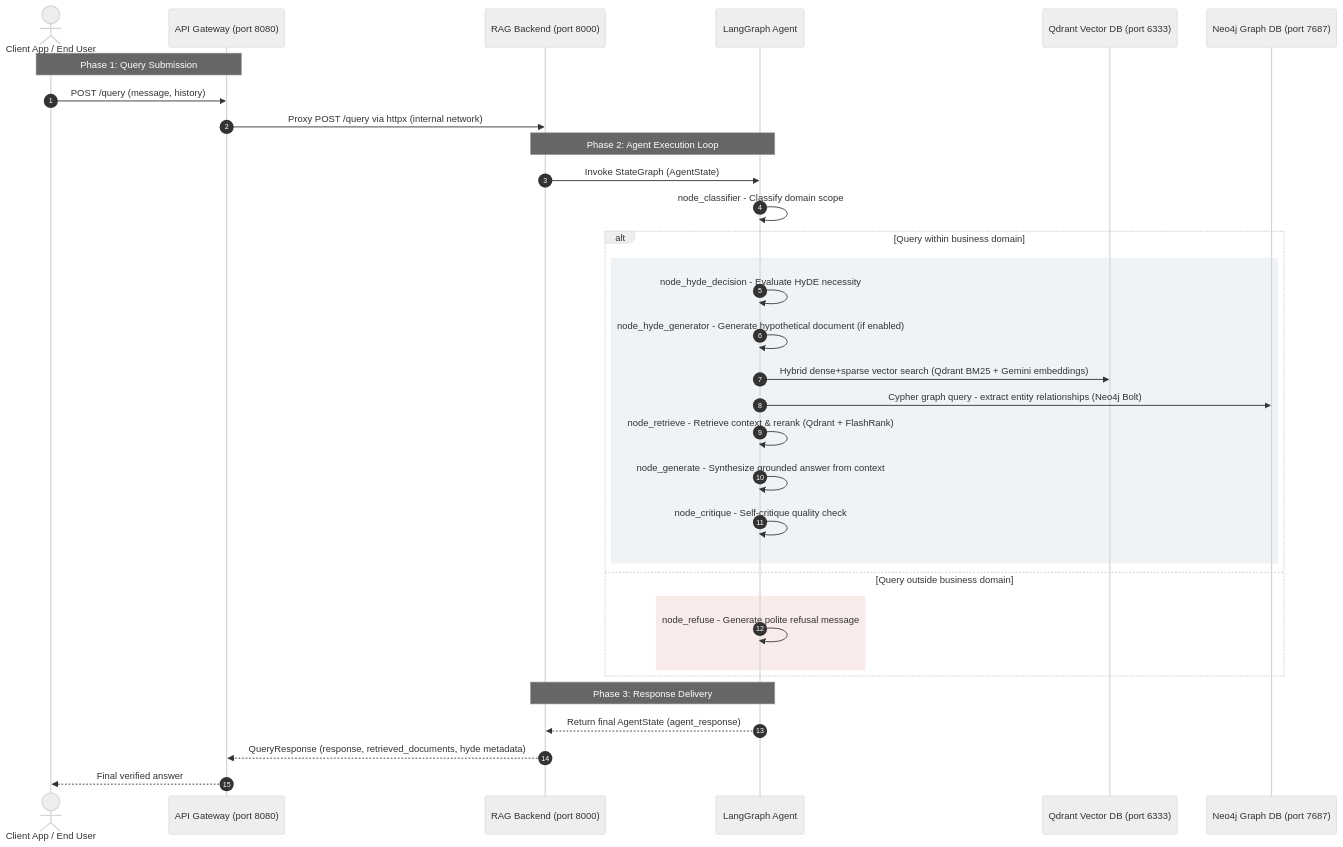
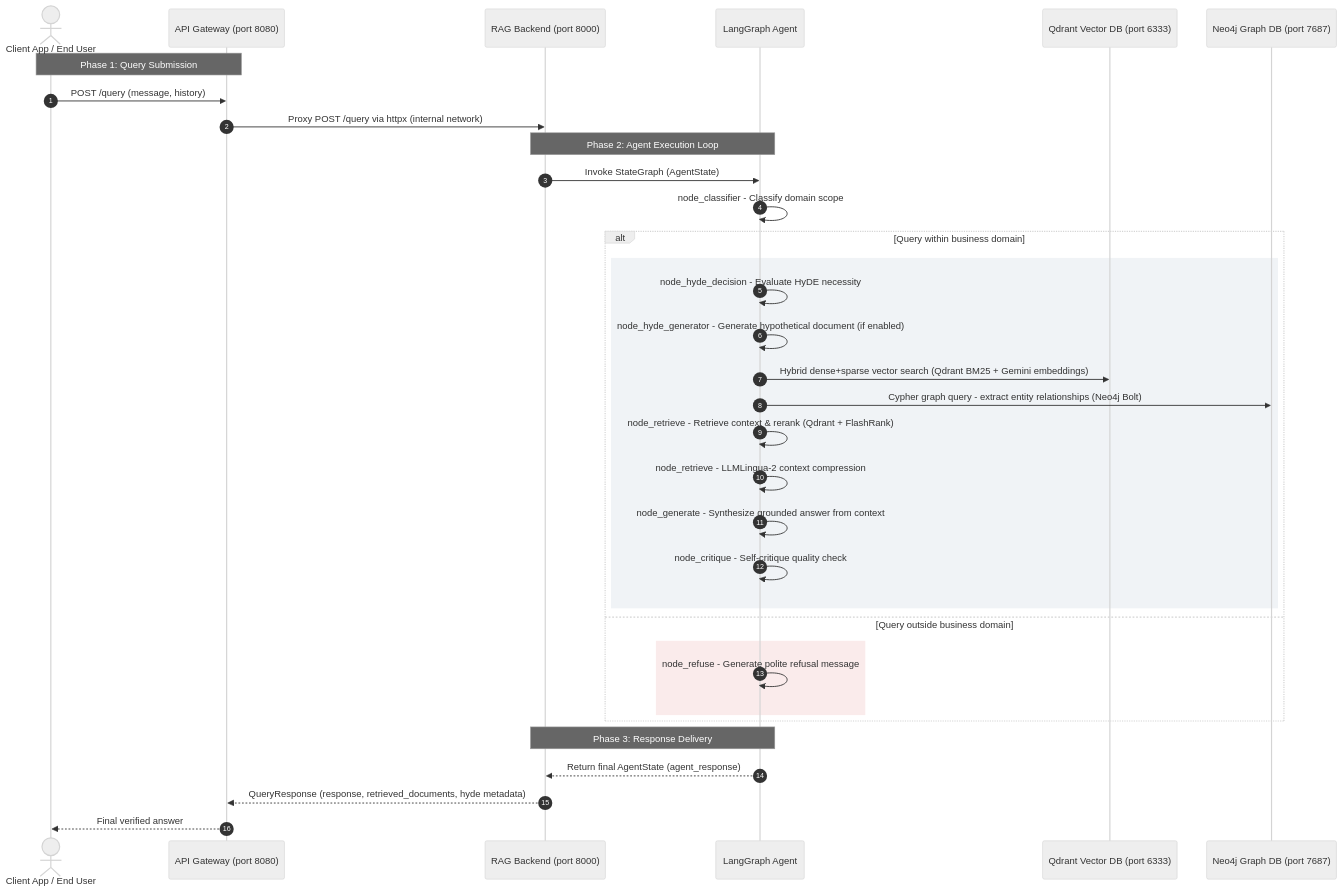
One commit to boycececil666gmailcom/Enterprise-RAG-Engine changed the second of 4 diagrams in README.md. Above: the diagram before and after it, drawn with Mermaid. The commit also changed other lines of this file, not shown here.

Commit message:
docs: add LLMLingua-2 context compression to architecture documentation and workflow diagrams

````diff
--- a/README.md
+++ b/README.md
@@ -55,43 +58,44 @@
 ```mermaid
 ---
 config:
   theme: neutral
 ---
 sequenceDiagram
     autonumber
     actor Client as Client App / End User
     participant GW as API Gateway (port 8080)
     participant BE as RAG Backend (port 8000)
     participant AG as LangGraph Agent
     participant VDB as Qdrant Vector DB (port 6333)
     participant GDB as Neo4j Graph DB (port 7687)
 
     Note over Client, GW: Phase 1: Query Submission
     Client->>GW: POST /query (message, history)
     GW->>BE: Proxy POST /query via httpx (internal network)
 
     Note over BE, AG: Phase 2: Agent Execution Loop
     BE->>AG: Invoke StateGraph (AgentState)
     AG->>AG: node_classifier - Classify domain scope
 
     alt Query within business domain
         rect rgb(240, 243, 246)
             AG->>AG: node_hyde_decision - Evaluate HyDE necessity
             AG->>AG: node_hyde_generator - Generate hypothetical document (if enabled)
             AG->>VDB: Hybrid dense+sparse vector search (Qdrant BM25 + Gemini embeddings)
             AG->>GDB: Cypher graph query - extract entity relationships (Neo4j Bolt)
             AG->>AG: node_retrieve - Retrieve context & rerank (Qdrant + FlashRank)
+            AG->>AG: node_retrieve - LLMLingua-2 context compression
             AG->>AG: node_generate - Synthesize grounded answer from context
             AG->>AG: node_critique - Self-critique quality check
         end
     else Query outside business domain
         rect rgb(250, 235, 235)
             AG->>AG: node_refuse - Generate polite refusal message
         end
     end
 
     Note over AG, BE: Phase 3: Response Delivery
     AG-->>BE: Return final AgentState (agent_response)
     BE-->>GW: QueryResponse (response, retrieved_documents, hyde metadata)
     GW-->>Client: Final verified answer
 ```
````
